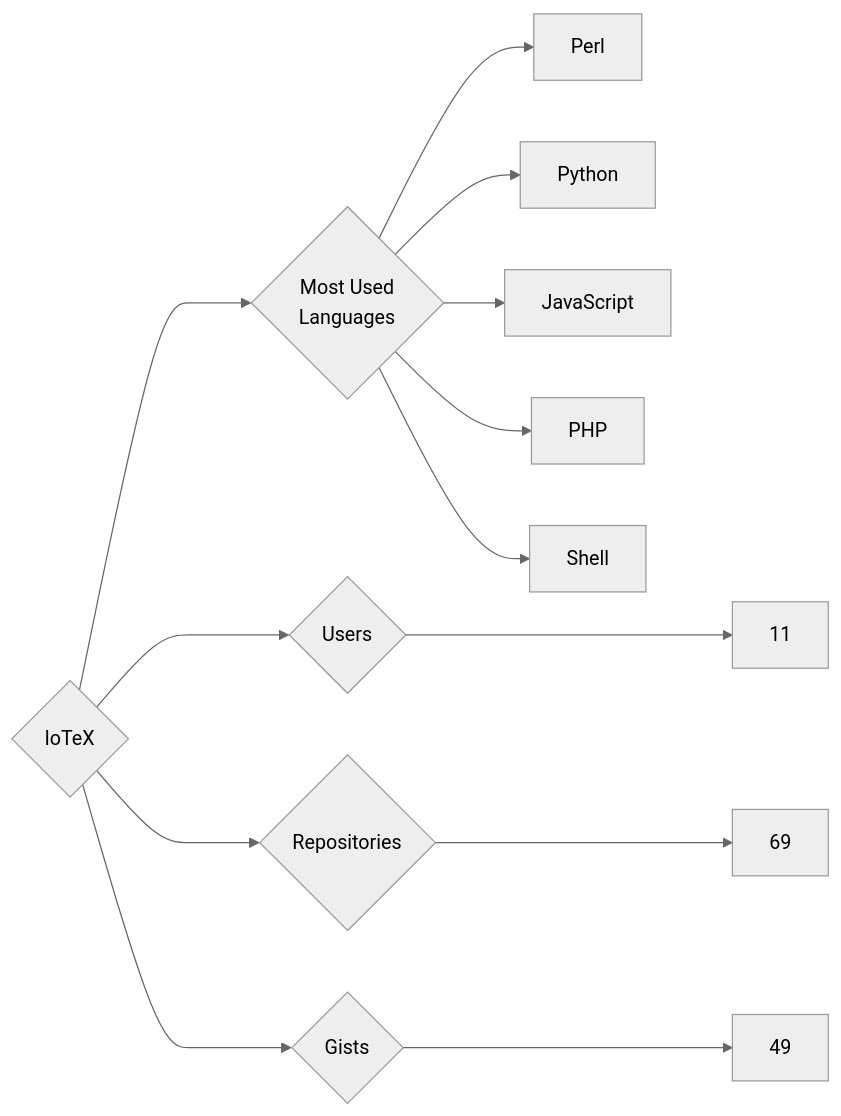
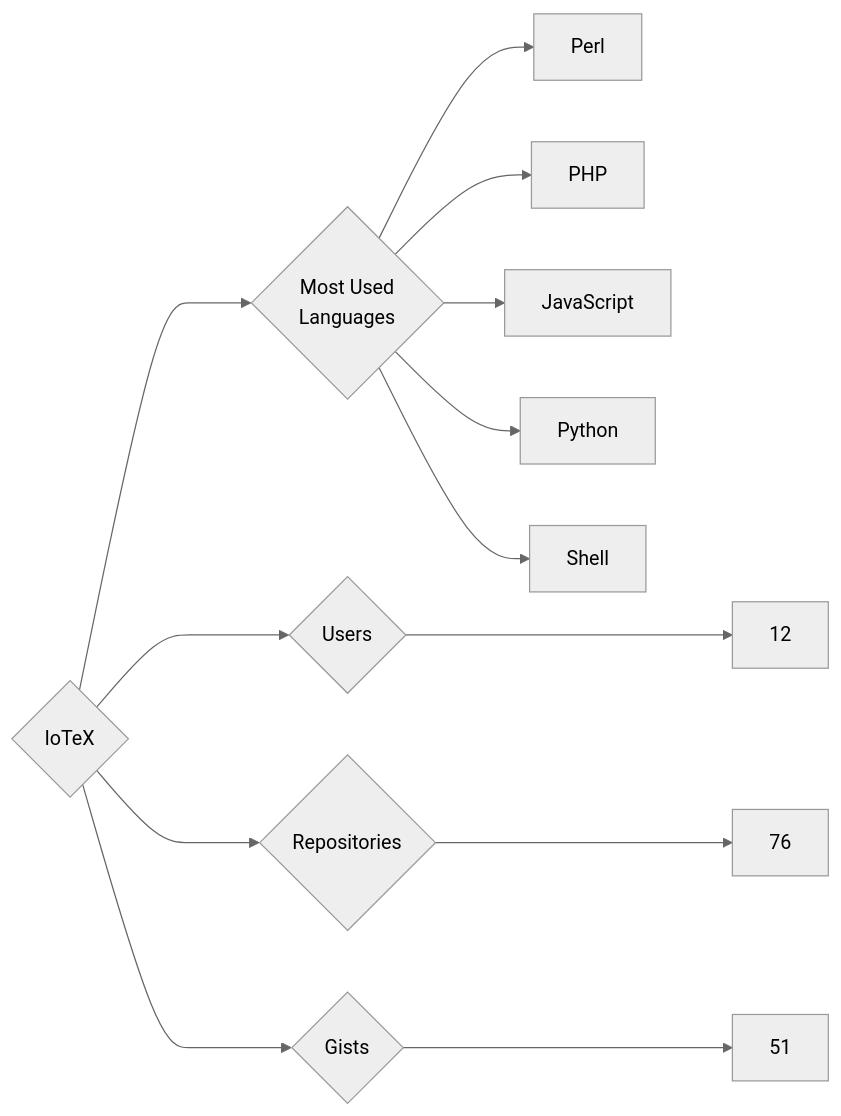
One commit to trickest/insiders changed the diagram in targets/IoTeX/README.md. Above: the diagram before and after it, drawn with Mermaid (neutral theme). The commit also changed 1149 other files, not shown here.

````diff
--- a/targets/IoTeX/README.md
+++ b/targets/IoTeX/README.md
@@ -3,13 +3,13 @@
 ```mermaid
 graph LR
 COMPANY_NAME{IoTeX}
-COMPANY_NAME ---> U{Users} ---> UN[11]
-COMPANY_NAME ---> R{Repositories} ---> RN[69]
-COMPANY_NAME ---> G{Gists} ---> GN[49]
+COMPANY_NAME ---> U{Users} ---> UN[12]
+COMPANY_NAME ---> R{Repositories} ---> RN[76]
+COMPANY_NAME ---> G{Gists} ---> GN[51]
 COMPANY_NAME ---> ML{Most Used<br>Languages}
 ML --> Perl[Perl]
+ML --> PHP[PHP]
+ML --> JavaScript[JavaScript]
 ML --> Python[Python]
-ML --> JavaScript[JavaScript]
-ML --> PHP[PHP]
 ML --> Shell[Shell]
 ```
````
